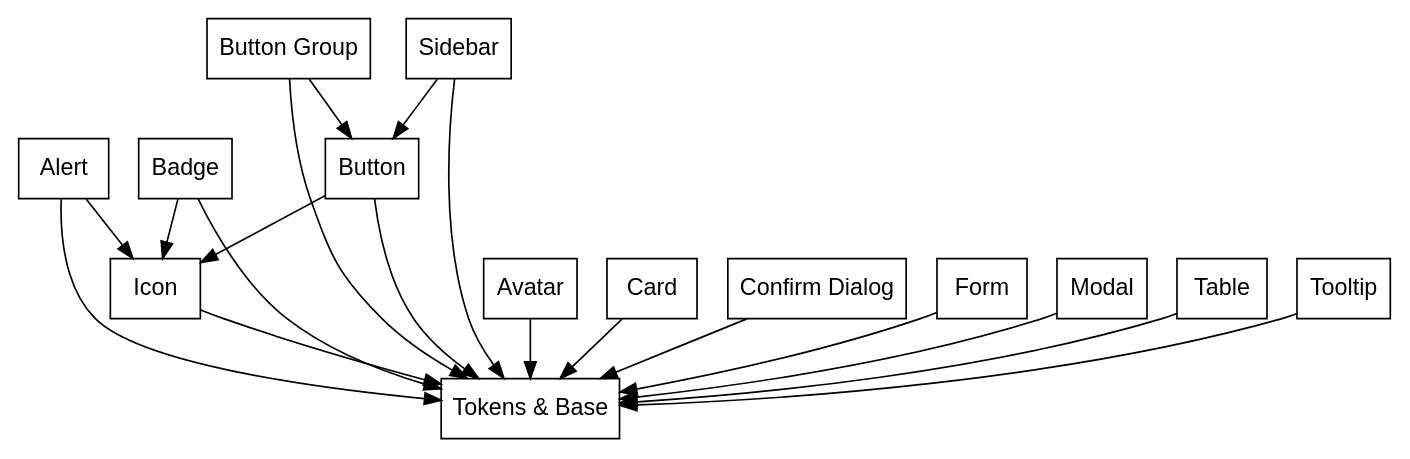
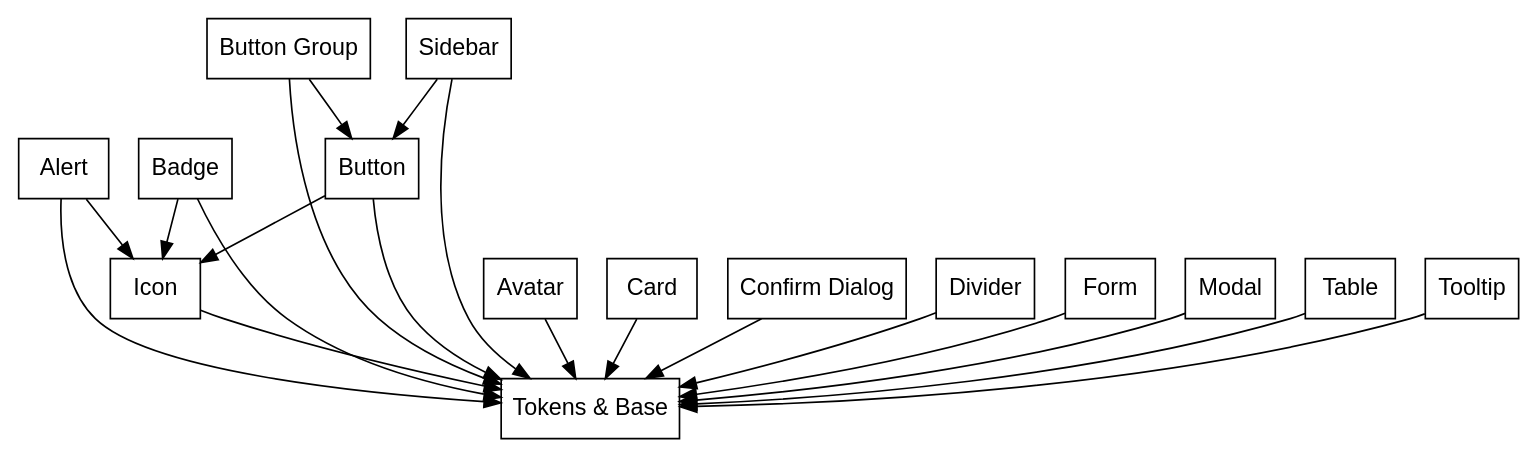
Before and after one commit to RoleModel/optics: the diagram in tools/generate-graph.dot, drawn with Graphviz. The commit also changed 6 other files, not shown here.

```diff
--- a/tools/generate-graph.dot
+++ b/tools/generate-graph.dot
@@ -1,30 +1,31 @@
 digraph dependencies {
   fontname = "Helvetica,Arial,sans-serif";
   node [fontname = "Helvetica,Arial,sans-serif";];
   edge [fontname = "Helvetica,Arial,sans-serif";];
   node [shape = box;];
   "Tokens & Base";
   "Alert" -> "Tokens & Base";
   "Alert" -> "Icon";
   
   "Badge" -> "Tokens & Base";
   "Badge" -> "Icon";
   
   "Button" -> "Tokens & Base";
   "Button" -> "Icon";
   
   "Button Group" -> "Tokens & Base";
   "Button Group" -> "Button";
   
   "Sidebar" -> "Tokens & Base";
   "Sidebar" -> "Button";
   
   "Avatar" -> "Tokens & Base";
   "Card" -> "Tokens & Base";
   "Confirm Dialog" -> "Tokens & Base";
+  "Divider" -> "Tokens & Base";
   "Form" -> "Tokens & Base";
   "Icon" -> "Tokens & Base";
   "Modal" -> "Tokens & Base";
   "Table" -> "Tokens & Base";
   "Tooltip" -> "Tokens & Base";
 }
```
